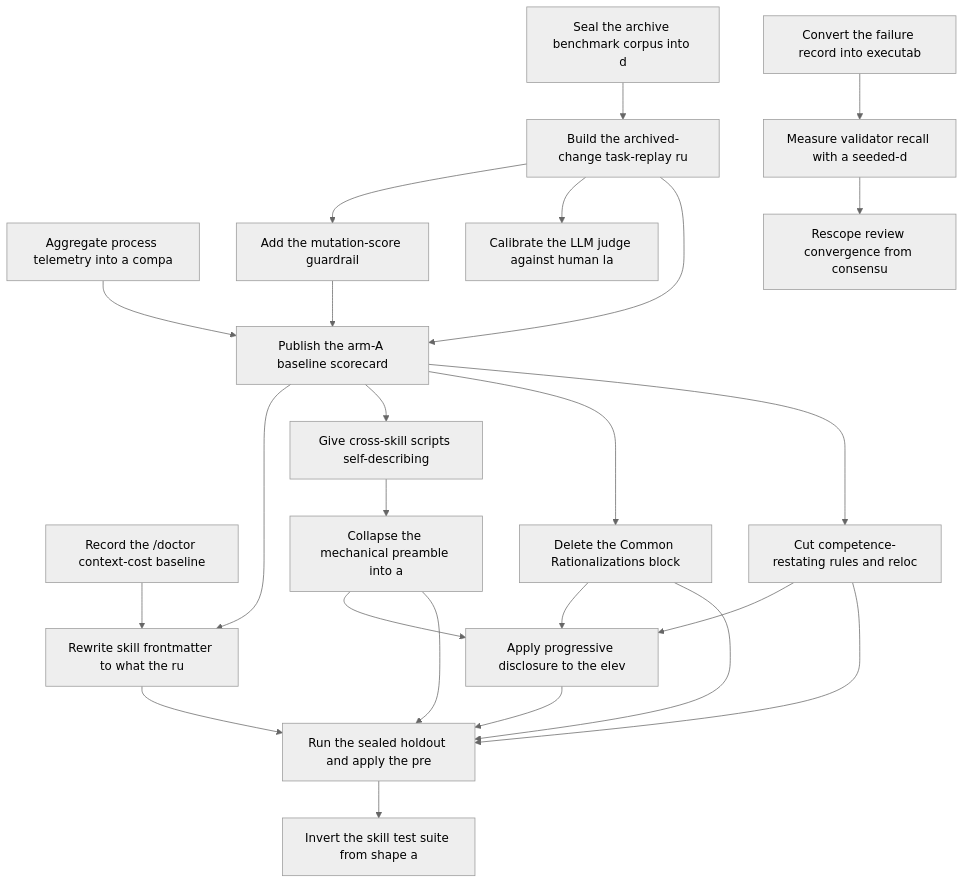
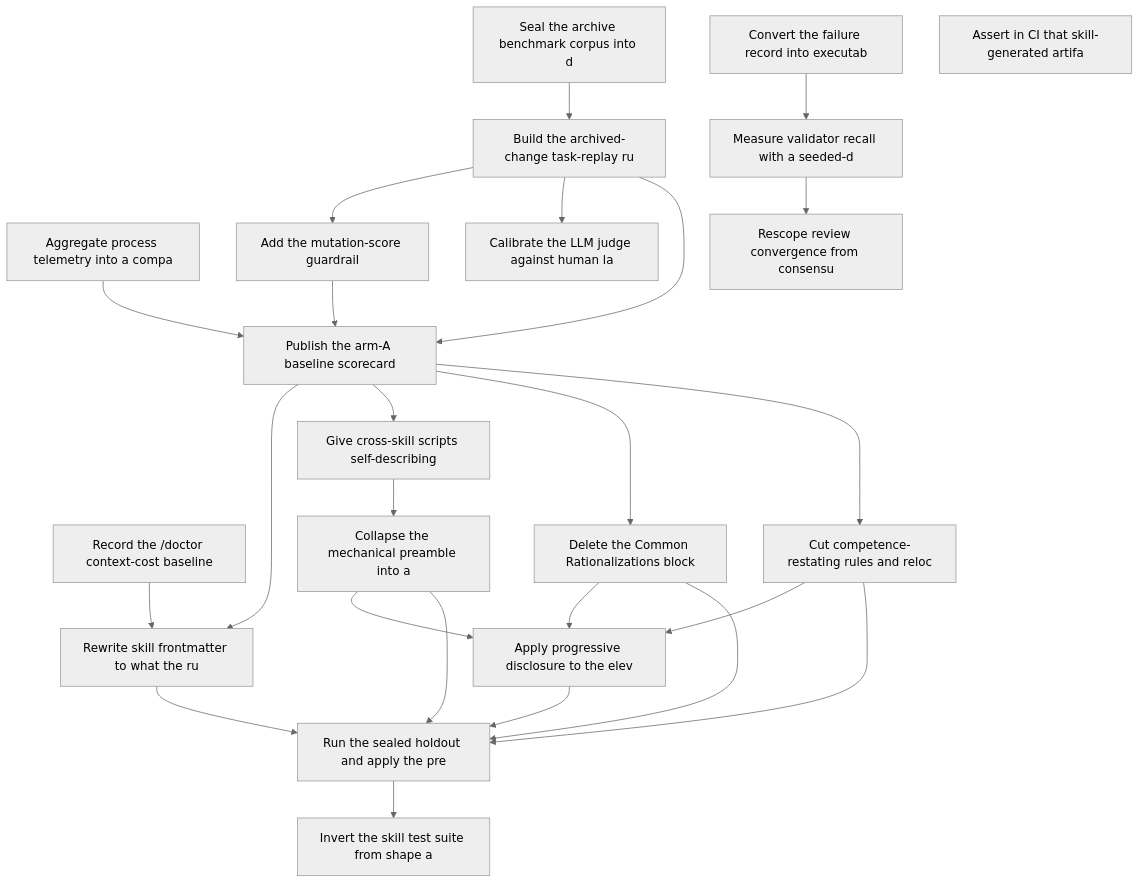
The diagram in openspec/roadmaps/skill-rightsizing/roadmap.md (jankneumann/agentic-coding-tools), drawn with Mermaid (neutral theme) before and after one commit. The commit also changed other lines of this file and 1 other file, not shown here.

First line of the commit message:
plan(skill-rightsizing): add ri-19 for generated-artifact validation in CI

````diff
--- a/openspec/roadmaps/skill-rightsizing/roadmap.md
+++ b/openspec/roadmaps/skill-rightsizing/roadmap.md
@@ -35,44 +36,45 @@
 ```mermaid
 graph TD
     ri-01["Convert the failure record into executab"]
     ri-02["Seal the archive benchmark corpus into d"]
     ri-03["Aggregate process telemetry into a compa"]
     ri-04["Record the /doctor context-cost baseline"]
     ri-05["Build the archived-change task-replay ru"]
     ri-06["Measure validator recall with a seeded-d"]
     ri-07["Add the mutation-score guardrail"]
     ri-08["Calibrate the LLM judge against human la"]
     ri-09["Publish the arm-A baseline scorecard"]
     ri-10["Rewrite skill frontmatter to what the ru"]
     ri-11["Give cross-skill scripts self-describing"]
     ri-12["Collapse the mechanical preamble into a "]
     ri-13["Delete the Common Rationalizations block"]
     ri-14["Cut competence-restating rules and reloc"]
     ri-15["Apply progressive disclosure to the elev"]
     ri-16["Rescope review convergence from consensu"]
     ri-17["Run the sealed holdout and apply the pre"]
     ri-18["Invert the skill test suite from shape a"]
+    ri-19["Assert in CI that skill-generated artifa"]
     ri-02 --> ri-05
     ri-01 --> ri-06
     ri-05 --> ri-07
     ri-05 --> ri-08
     ri-03 --> ri-09
     ri-05 --> ri-09
     ri-07 --> ri-09
     ri-04 --> ri-10
     ri-09 --> ri-10
     ri-09 --> ri-11
     ri-11 --> ri-12
     ri-09 --> ri-13
     ri-09 --> ri-14
     ri-12 --> ri-15
     ri-13 --> ri-15
     ri-14 --> ri-15
     ri-06 --> ri-16
     ri-10 --> ri-17
     ri-12 --> ri-17
     ri-13 --> ri-17
     ri-14 --> ri-17
     ri-15 --> ri-17
     ri-17 --> ri-18
 ```
````
